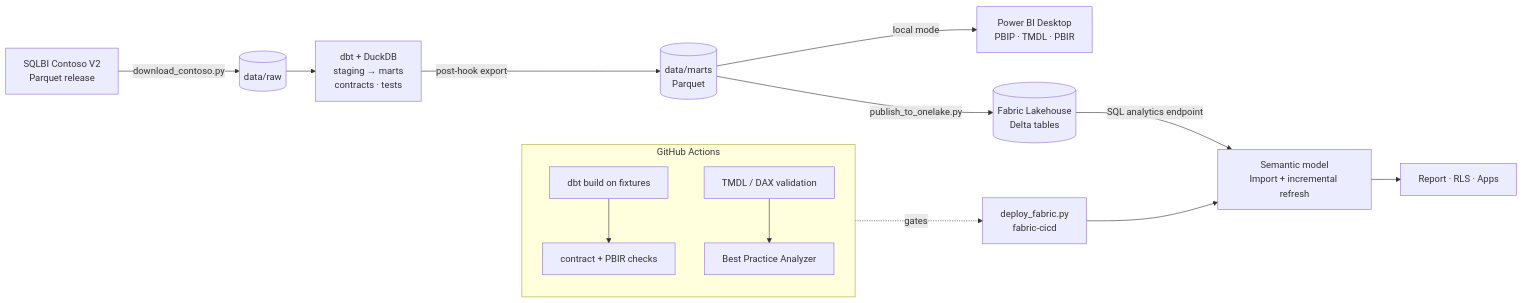
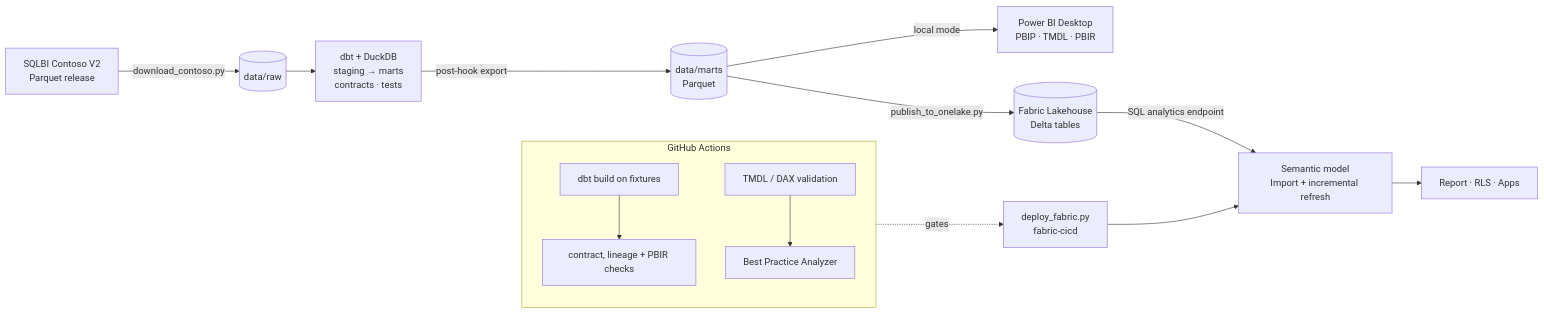
The first of 2 diagrams in README.md (leon2378/powerbi-contoso-retail-analytics), drawn with Mermaid before and after one commit. The commit also changed other lines of this file, not shown here.

````diff
--- a/README.md
+++ b/README.md
@@ -30,16 +36,16 @@
 ```mermaid
 flowchart LR
     A[SQLBI Contoso V2<br/>Parquet release] -->|download_contoso.py| B[(data/raw)]
     B --> C[dbt + DuckDB<br/>staging → marts<br/>contracts · tests]
     C -->|post-hook export| D[(data/marts<br/>Parquet)]
     D -->|local mode| E[Power BI Desktop<br/>PBIP · TMDL · PBIR]
     D -->|publish_to_onelake.py| F[(Fabric Lakehouse<br/>Delta tables)]
     F -->|SQL analytics endpoint| G[Semantic model<br/>Import + incremental refresh]
     G --> H[Report · RLS · Apps]
     subgraph CI [GitHub Actions]
-        I[dbt build on fixtures] --> J[contract + PBIR checks]
+        I[dbt build on fixtures] --> J[contract, lineage + PBIR checks]
         K[TMDL / DAX validation] --> L[Best Practice Analyzer]
     end
     CI -.gates.-> M[deploy_fabric.py<br/>fabric-cicd]
     M --> G
 ```
````
